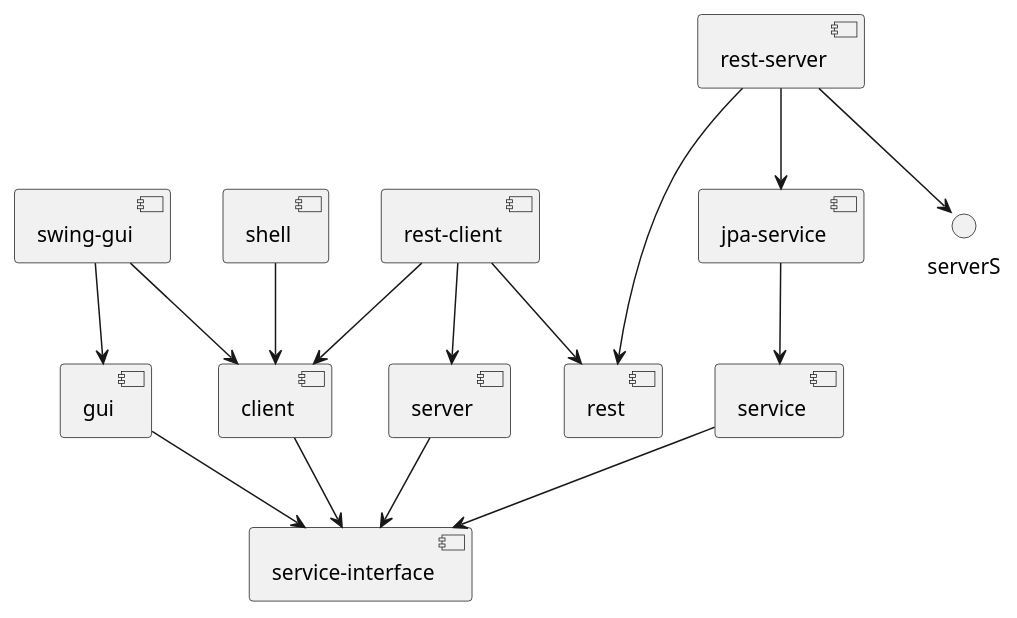
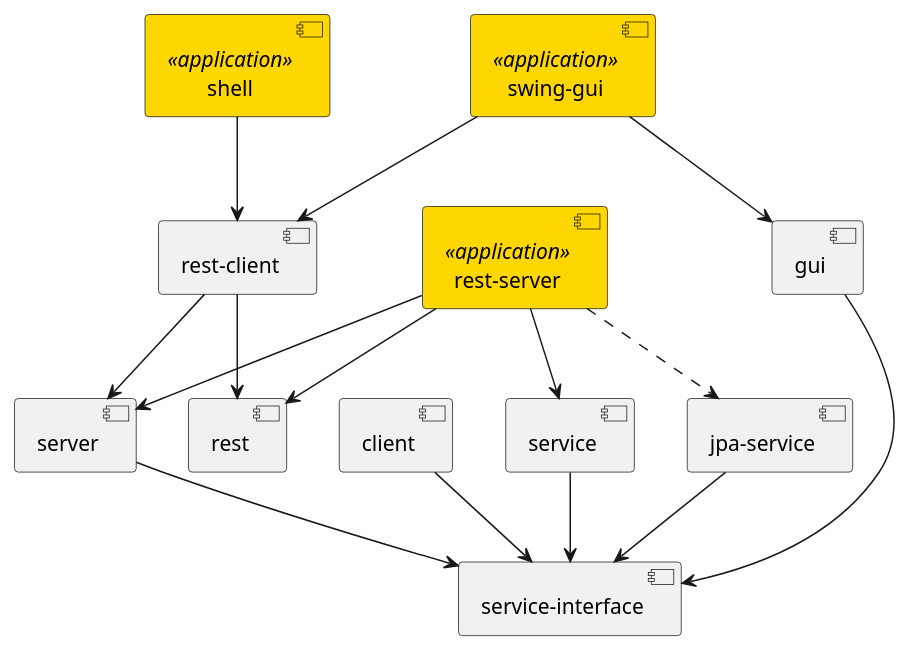
Before and after one commit to greifentor/carp-bm: the diagram in docs/architecture/module-diagram.plantuml, drawn with PlantUML. The commit also changed 6 other files, not shown here.

Commit message:
Re-structured. Added some architecture documentation.

```diff
--- a/docs/architecture/module-diagram.plantuml
+++ b/docs/architecture/module-diagram.plantuml
@@ -1,41 +1,41 @@
 @startuml
 
 '!theme mono
 'COMMENT - skinparam linetype ortho
 
 component client
 component gui
 component jpaservice as "jpa-service"
 component rest
 component restclient as "rest-client"
-component restserver as "rest-server"
+component restserver << application >> as "rest-server" #gold
 component server
 component service
 component serviceinterface as "service-interface"
-component shell
-component swing as "swing-gui"
+component shell << application >> #gold
+component swing << application >> as "swing-gui" #gold
 
 client --> serviceinterface
 
 gui --> serviceinterface
 
-jpaservice --> service
+jpaservice --> serviceinterface
 
-restclient --> client
+restclient --> rest
 restclient --> server
-restclient --> rest
 
-restserver --> jpaservice
+restserver ..> jpaservice
 restserver --> rest
-restserver --> serverS
+restserver --> server
+restserver --> service
 
 server --> serviceinterface
 
 service --> serviceinterface
 
-shell --> client
+shell --> restclient
 
-swing --> client
+swing --> restclient
 swing --> gui
 
 @enduml
```
